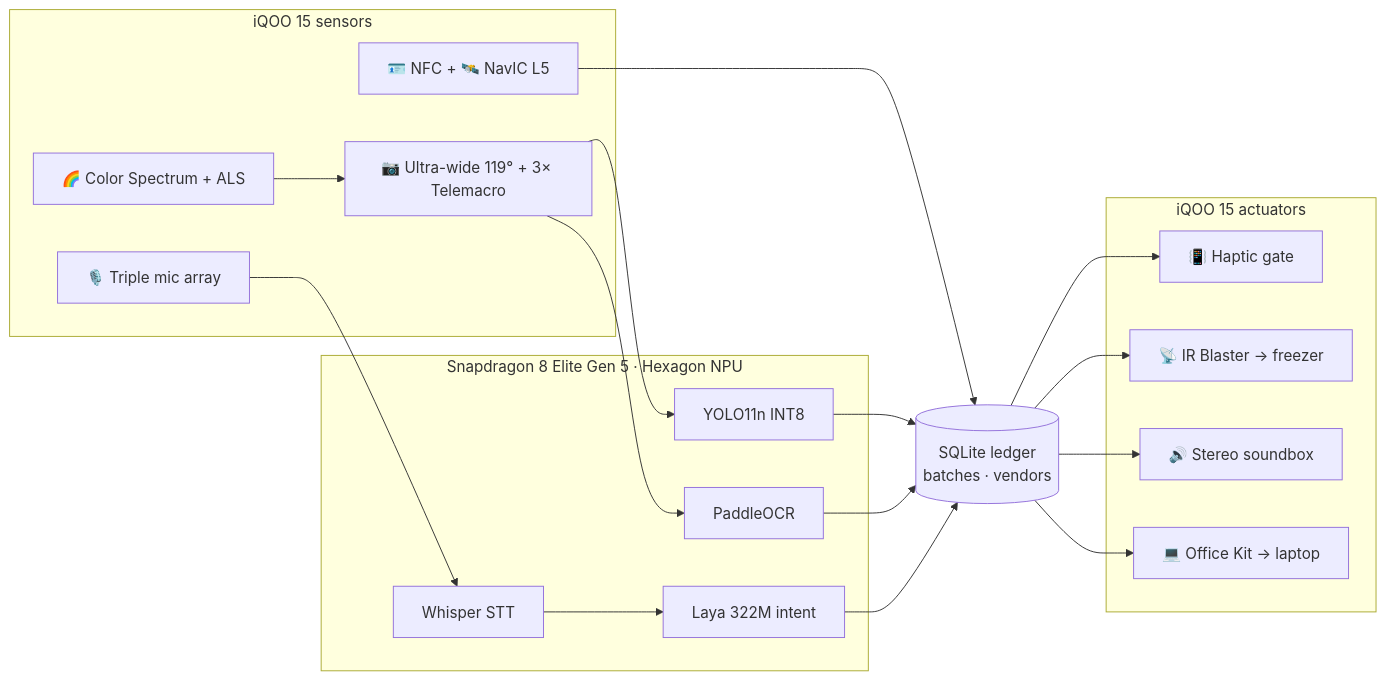
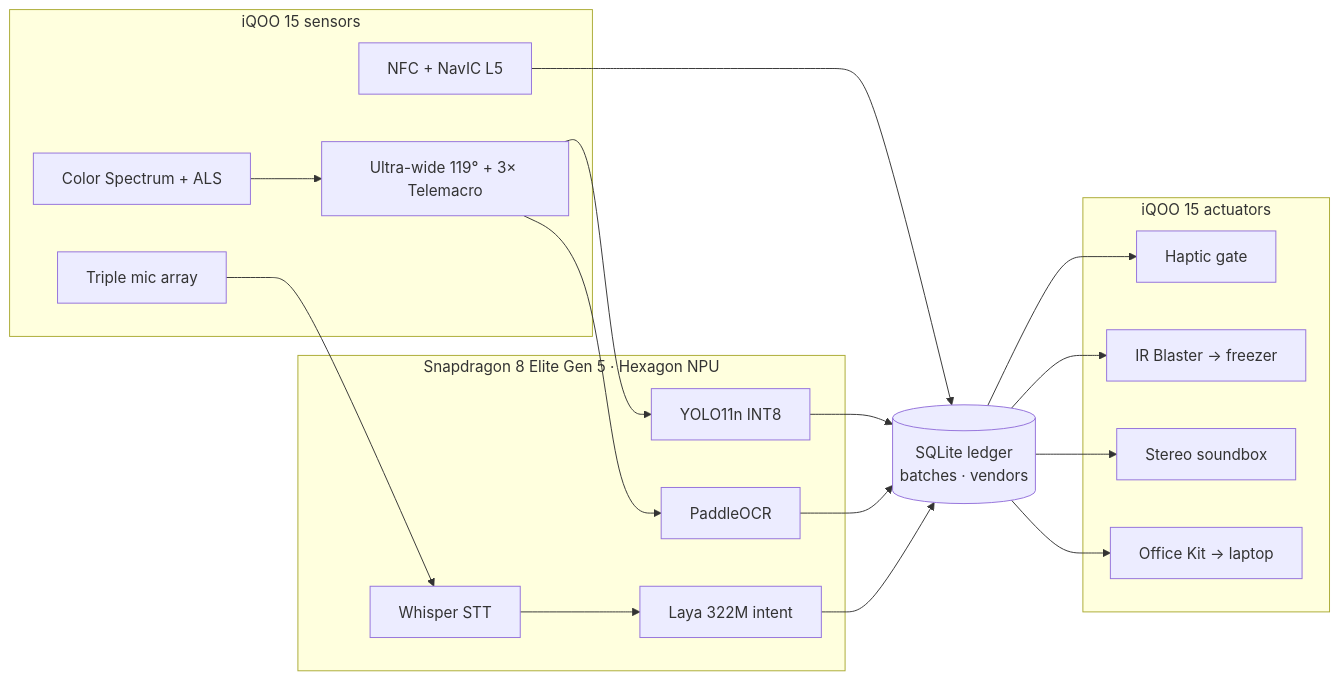
One commit to SanTiwari07/KiranaRakshak changed the diagram in README.md. Above: the diagram before and after it, drawn with Mermaid. The commit also changed other lines of this file and 8 other files, not shown here.

````diff
--- a/README.md
+++ b/README.md
@@ -189,28 +189,28 @@
 ```mermaid
 flowchart LR
     subgraph IN["iQOO 15 sensors"]
-        CAM["📷 Ultra-wide 119° + 3× Telemacro"]
-        NFC["🪪 NFC + 🛰️ NavIC L5"]
-        MIC["🎙️ Triple mic array"]
-        ALS["🌈 Color Spectrum + ALS"]
+        CAM["Ultra-wide 119° + 3× Telemacro"]
+        NFC["NFC + NavIC L5"]
+        MIC["Triple mic array"]
+        ALS["Color Spectrum + ALS"]
     end
     subgraph NPU["Snapdragon 8 Elite Gen 5 · Hexagon NPU"]
         YOLO["YOLO11n INT8"]
         OCR["PaddleOCR"]
         STT["Whisper STT"]
         LAYA["Laya 322M intent"]
     end
     DB[("SQLite ledger<br/>batches · vendors")]
     subgraph OUT["iQOO 15 actuators"]
-        HAP["📳 Haptic gate"]
-        IR["📡 IR Blaster → freezer"]
-        SPK["🔊 Stereo soundbox"]
-        OK["💻 Office Kit → laptop"]
+        HAP["Haptic gate"]
+        IR["IR Blaster → freezer"]
+        SPK["Stereo soundbox"]
+        OK["Office Kit → laptop"]
     end
     CAM --> YOLO & OCR
     ALS --> CAM
     MIC --> STT --> LAYA
     NFC --> DB
     YOLO & OCR & LAYA --> DB
     DB --> HAP & IR & SPK & OK
 ```
````
